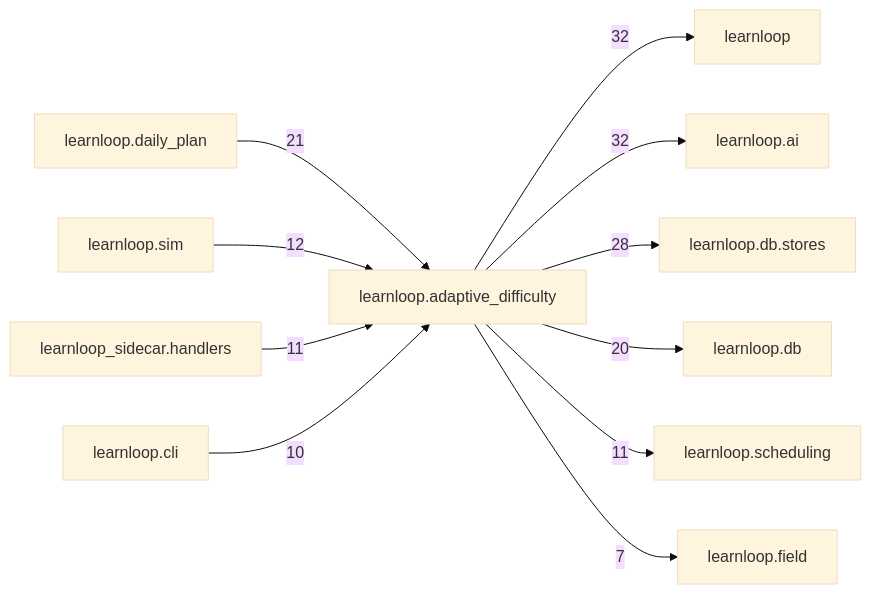
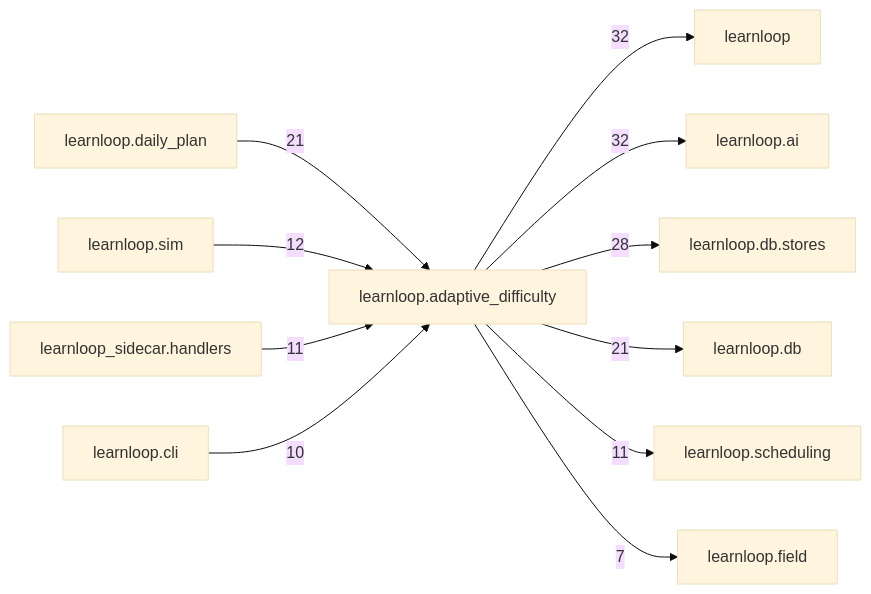
The diagram in docs/learnloop-architecture-vault/Reference/Modules/learnloop/adaptive_difficulty/_package.md (6up-b/learnanything), drawn with Mermaid (base theme) before and after one commit. The commit also changed other lines of this file and 69 other files, not shown here.

````diff
--- a/docs/learnloop-architecture-vault/Reference/Modules/learnloop/adaptive_difficulty/_package.md
+++ b/docs/learnloop-architecture-vault/Reference/Modules/learnloop/adaptive_difficulty/_package.md
@@ -181,24 +181,24 @@
 ```mermaid
 flowchart LR
     center["learnloop.adaptive_difficulty"]
     n_learnloop["learnloop"]
     n_learnloop_ai["learnloop.ai"]
     n_learnloop_db_stores["learnloop.db.stores"]
     n_learnloop_daily_plan["learnloop.daily_plan"]
     n_learnloop_db["learnloop.db"]
     n_learnloop_sim["learnloop.sim"]
     n_learnloop_scheduling["learnloop.scheduling"]
     n_learnloop_sidecar_handlers["learnloop_sidecar.handlers"]
     n_learnloop_cli["learnloop.cli"]
     n_learnloop_field["learnloop.field"]
     center -->|32| n_learnloop
     center -->|32| n_learnloop_ai
     center -->|28| n_learnloop_db_stores
     n_learnloop_daily_plan -->|21| center
-    center -->|20| n_learnloop_db
+    center -->|21| n_learnloop_db
     n_learnloop_sim -->|12| center
     center -->|11| n_learnloop_scheduling
     n_learnloop_sidecar_handlers -->|11| center
     n_learnloop_cli -->|10| center
     center -->|7| n_learnloop_field
 ```
````
